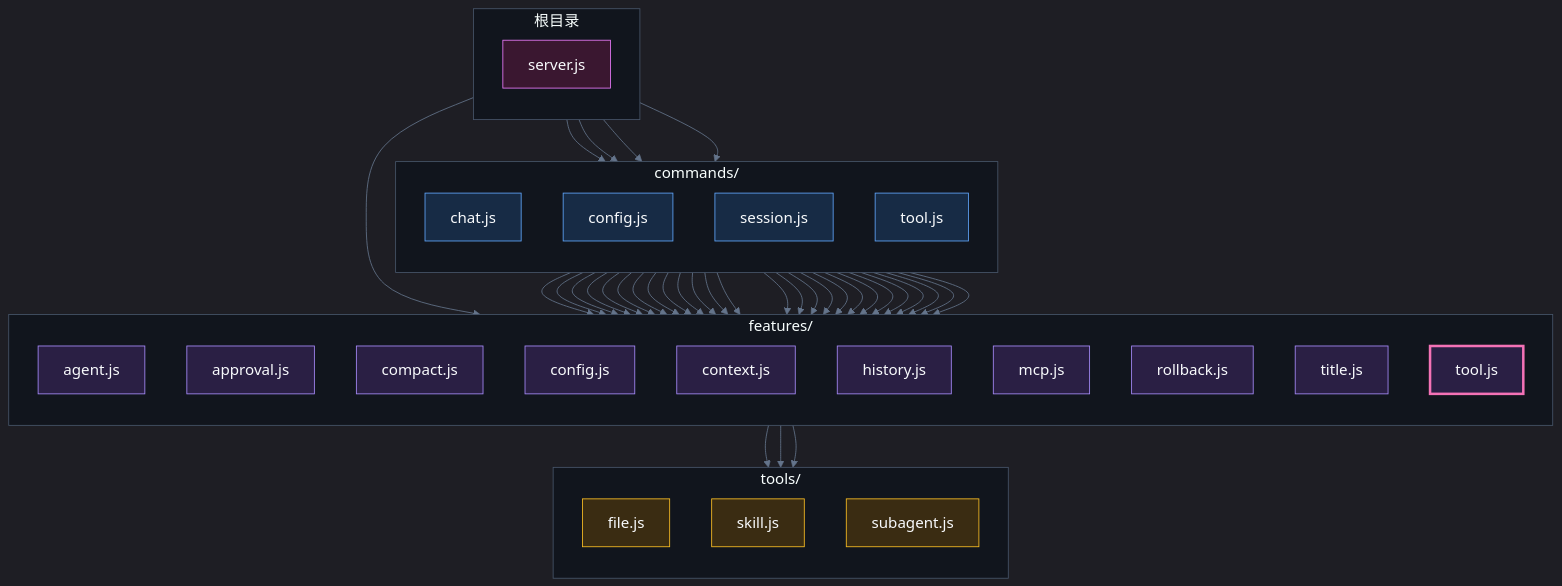
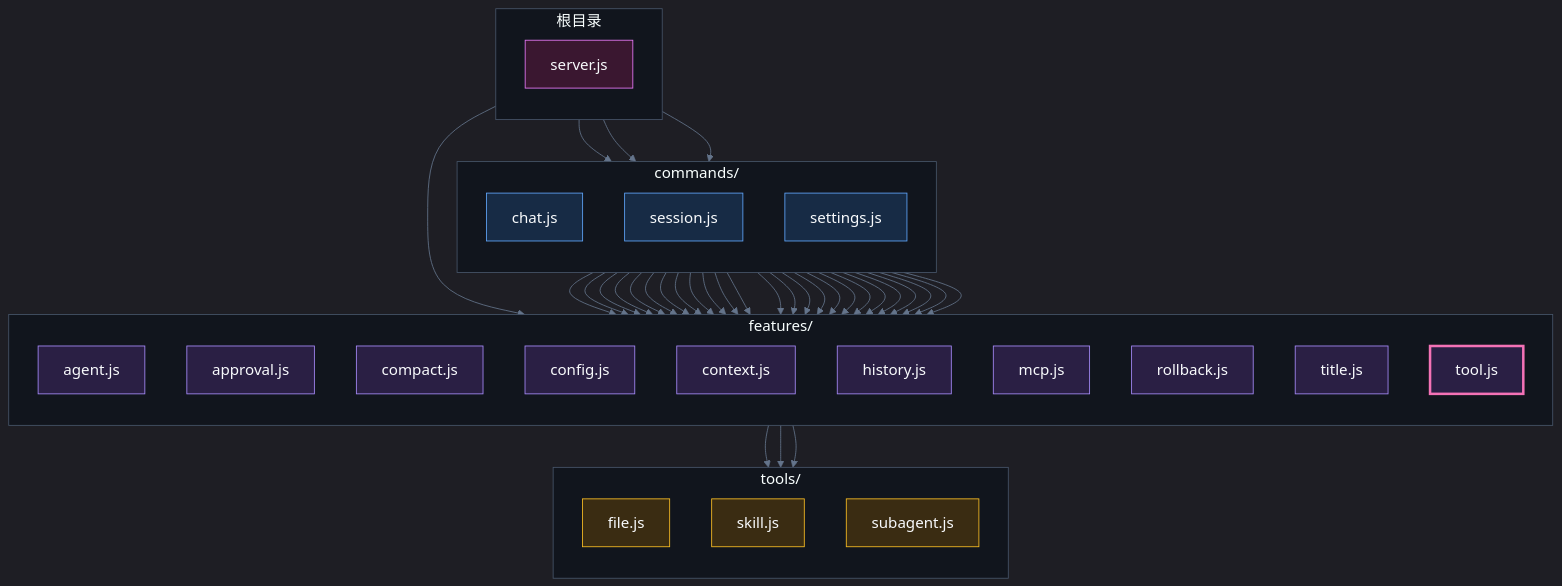
One commit to kernel4632/agent changed the diagram in docs/server-target-cross.mmd. Above: the diagram before and after it, drawn with Mermaid. The commit also changed 8 other files, not shown here.

Commit message:
docs: 更新 settings 合并后的图和统计

```diff
--- a/docs/server-target-cross.mmd
+++ b/docs/server-target-cross.mmd
@@ -1,75 +1,72 @@
 %%{init: {'theme':'dark','themeVariables':{'fontFamily':'ui-monospace, monospace','fontSize':'18px','primaryColor':'#18202b','primaryTextColor':'#f8fafc','lineColor':'#64748b','clusterBkg':'#11151d','clusterBorder':'#475569'}}}%%
 flowchart TB
   subgraph commands["commands/"]
     direction TB
     commands_chat_js["chat.js"]
-    commands_config_js["config.js"]
     commands_session_js["session.js"]
-    commands_tool_js["tool.js"]
+    commands_settings_js["settings.js"]
   end
   subgraph features["features/"]
     direction TB
     features_agent_js["agent.js"]
     features_approval_js["approval.js"]
     features_compact_js["compact.js"]
     features_config_js["config.js"]
     features_context_js["context.js"]
     features_history_js["history.js"]
     features_mcp_js["mcp.js"]
     features_rollback_js["rollback.js"]
     features_title_js["title.js"]
     features_tool_js["tool.js"]
   end
   subgraph tools["tools/"]
     direction TB
     tools_file_js["file.js"]
     tools_skill_js["skill.js"]
     tools_subagent_js["subagent.js"]
   end
   subgraph _root_["根目录"]
     direction TB
     server_js["server.js"]
   end
   commands_chat_js --> features_agent_js
   commands_chat_js --> features_approval_js
   commands_chat_js --> features_config_js
   commands_chat_js --> features_context_js
   commands_chat_js --> features_history_js
   commands_chat_js --> features_mcp_js
   commands_chat_js --> features_title_js
   commands_chat_js --> features_tool_js
-  commands_config_js --> features_agent_js
-  commands_config_js --> features_approval_js
-  commands_config_js --> features_config_js
-  commands_config_js --> features_context_js
-  commands_config_js --> features_history_js
-  commands_config_js --> features_mcp_js
-  commands_config_js --> features_tool_js
   commands_session_js --> features_agent_js
   commands_session_js --> features_approval_js
   commands_session_js --> features_compact_js
   commands_session_js --> features_config_js
   commands_session_js --> features_context_js
   commands_session_js --> features_history_js
   commands_session_js --> features_mcp_js
   commands_session_js --> features_rollback_js
   commands_session_js --> features_title_js
   commands_session_js --> features_tool_js
-  commands_tool_js --> features_tool_js
+  commands_settings_js --> features_agent_js
+  commands_settings_js --> features_approval_js
+  commands_settings_js --> features_config_js
+  commands_settings_js --> features_context_js
+  commands_settings_js --> features_history_js
+  commands_settings_js --> features_mcp_js
+  commands_settings_js --> features_tool_js
   features_tool_js --> tools_file_js
   features_tool_js --> tools_skill_js
   features_tool_js --> tools_subagent_js
   server_js --> commands_chat_js
-  server_js --> commands_config_js
   server_js --> commands_session_js
-  server_js --> commands_tool_js
+  server_js --> commands_settings_js
   server_js --> features_history_js
   classDef dir_commands fill:#172b45,stroke:#60a5fa,color:#f8fafc
-  class commands_chat_js,commands_config_js,commands_session_js,commands_tool_js dir_commands
+  class commands_chat_js,commands_session_js,commands_settings_js dir_commands
   classDef dir_features fill:#2a1f44,stroke:#a78bfa,color:#f8fafc
   class features_agent_js,features_approval_js,features_compact_js,features_config_js,features_context_js,features_history_js,features_mcp_js,features_rollback_js,features_title_js,features_tool_js dir_features
   classDef dir_tools fill:#3a2c12,stroke:#fbbf24,color:#f8fafc
   class tools_file_js,tools_skill_js,tools_subagent_js dir_tools
   classDef dir__root_ fill:#3a1730,stroke:#e879f9,color:#f8fafc
   class server_js dir__root_
   style features_tool_js stroke:#f472b6,stroke-width:3px
```
